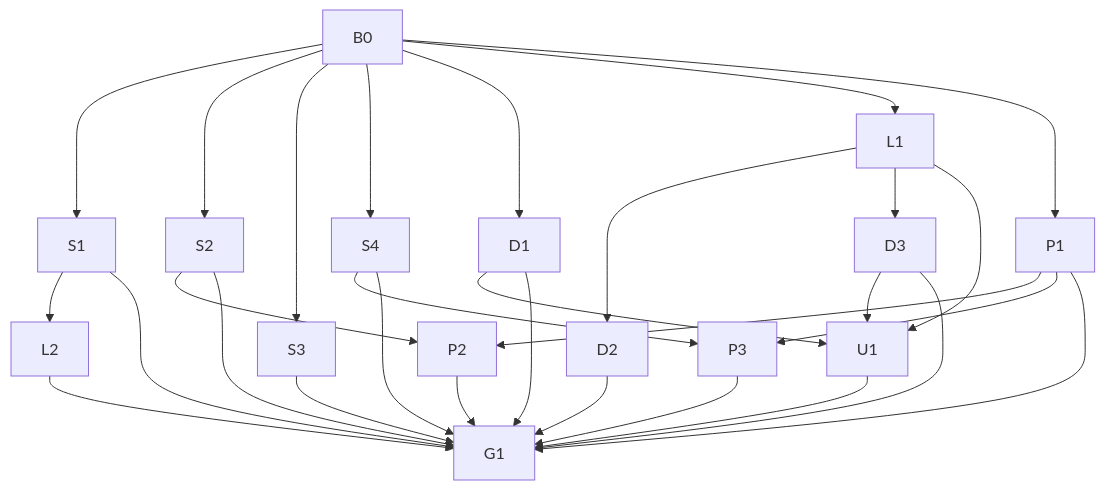
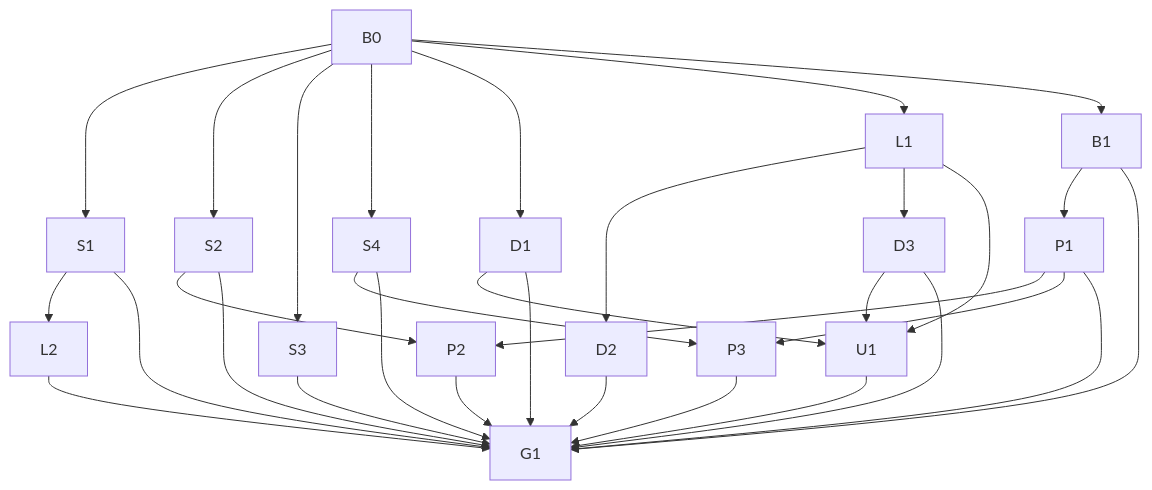
Before and after one commit to MortisDei/hermaeus: the diagram in docs/review/r34/11-dependency-roadmap.md, drawn with Mermaid. The commit also changed other lines of this file and 6 other files, not shown here.

````diff
--- a/docs/review/r34/11-dependency-roadmap.md
+++ b/docs/review/r34/11-dependency-roadmap.md
@@ -25,32 +25,34 @@
 ```mermaid
 graph TD
   B0 --> S1
   B0 --> S2
   B0 --> S3
   B0 --> S4
   B0 --> D1
   B0 --> L1
-  B0 --> P1
+  B0 --> B1
+  B1 --> P1
+  B1 --> G1
   L1 --> D2
   L1 --> D3
   S1 --> L2
   S2 --> P2
   P1 --> P2
   P1 --> P3
   S4 --> P3
   L1 --> U1
   D1 --> U1
   D3 --> U1
   S1 --> G1
   S2 --> G1
   S3 --> G1
   S4 --> G1
   D1 --> G1
   D2 --> G1
   D3 --> G1
   P1 --> G1
   P2 --> G1
   P3 --> G1
   L2 --> G1
   U1 --> G1
 ```
````
